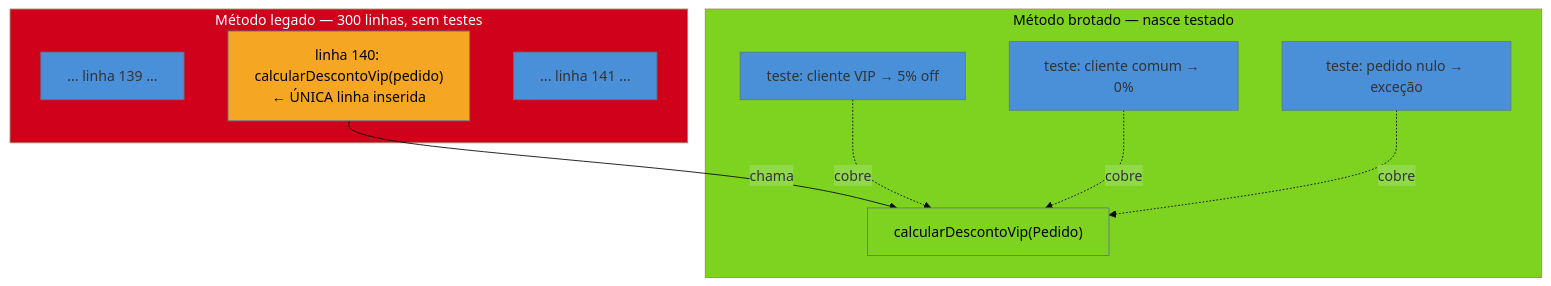
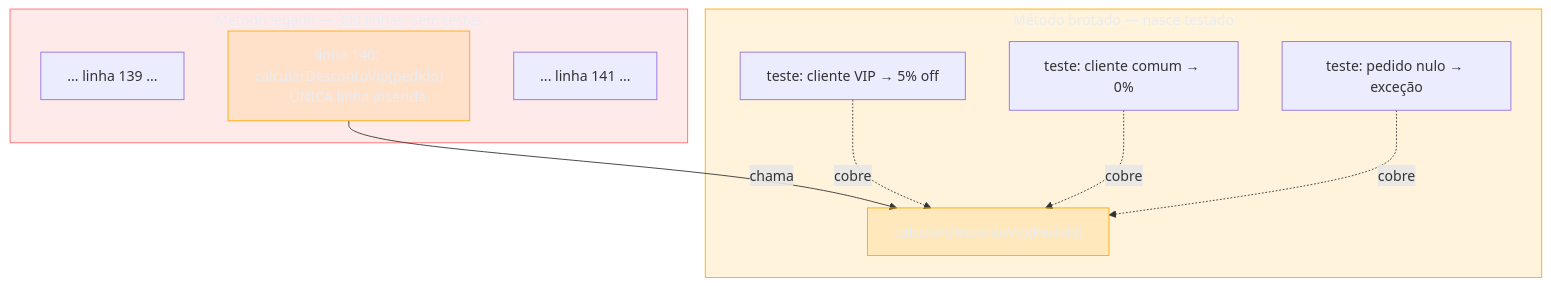
One commit to josenaldo/codex-technomanticus changed the first of 3 diagrams in 03-Dominios/Engenharia/Arqueologia e Restauração de Software/13 - Técnicas cirúrgicas.md. Above: the diagram before and after it, drawn with Mermaid. The commit also changed other lines of this file and 1181 other files, not shown here.

First line of the commit message:
fix(diagramas): paleta do sistema no lugar de cor cravada no markdown

````diff
--- a/03-Dominios/Engenharia/Arqueologia e Restauração de Software/13 - Técnicas cirúrgicas.md
+++ b/03-Dominios/Engenharia/Arqueologia e Restauração de Software/13 - Técnicas cirúrgicas.md
@@ -38,23 +38,24 @@
 ```mermaid
-%%{init: {"theme": "base", "themeVariables": {"primaryColor": "#4A90D9"}}}%%
 graph TD
+    classDef falha fill:#FF6B6B24,stroke:#FF6B6B,color:#E9ECF2
+    classDef destaque fill:#FFAA0024,stroke:#FFAA00,color:#E9ECF2
     subgraph VELHO["Método legado — 300 linhas, sem testes"]
         L1["... linha 139 ..."]
         CHAMA["linha 140: calcularDescontoVip(pedido)<br/>← ÚNICA linha inserida"]
         L2["... linha 141 ..."]
     end
     subgraph NOVO["Método brotado — nasce testado"]
         M["calcularDescontoVip(Pedido)"]
         T1["teste: cliente VIP → 5% off"]
         T2["teste: cliente comum → 0%"]
         T3["teste: pedido nulo → exceção"]
     end
     CHAMA -->|"chama"| M
     T1 -.cobre.-> M
     T2 -.cobre.-> M
     T3 -.cobre.-> M
-    style VELHO fill:#D0021B,color:#fff
-    style CHAMA fill:#F5A623,color:#000
-    style NOVO fill:#7ED321,color:#000
-    style M fill:#7ED321,color:#000
+    class VELHO falha
+    class CHAMA destaque
+    class NOVO destaque
+    class M destaque
 ```
````
